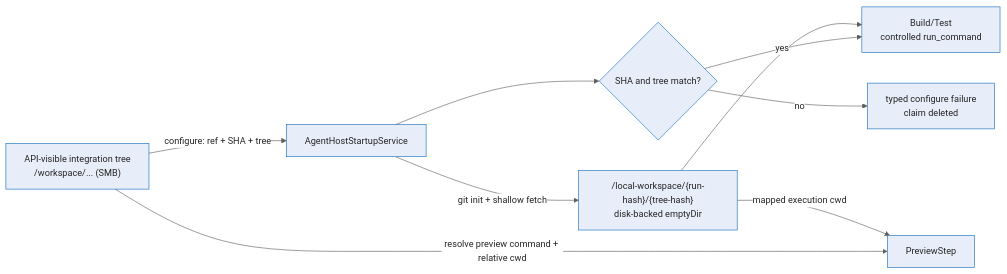
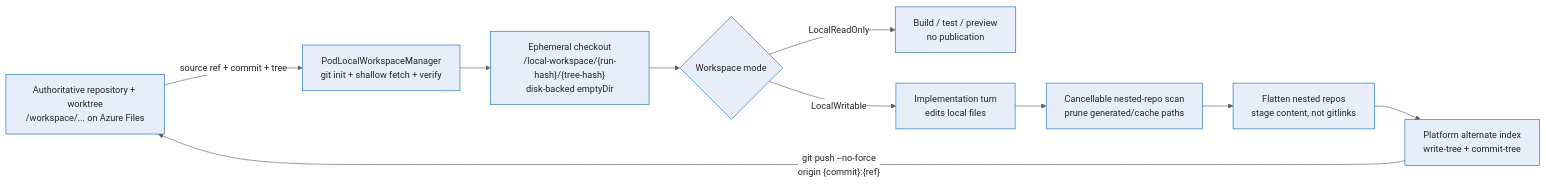
The fifth of 8 diagrams in docs/deep-dive/sandbox-pod-execution.md (sabbour/agentweaver), drawn with Mermaid before and after one commit. The commit also changed other lines of this file and 2 other files, not shown here.

First line of the commit message:
docs: explain pod-local write-back and caches (#253, #255)

````diff
--- a/docs/deep-dive/sandbox-pod-execution.md
+++ b/docs/deep-dive/sandbox-pod-execution.md
@@ -318,12 +319,13 @@
 ```mermaid
 %%{init: {'theme':'base','themeVariables':{'fontFamily':'Segoe UI, system-ui, -apple-system, sans-serif','fontSize':'15px','primaryColor':'#E8EEF9','primaryBorderColor':'#0F6CBD','primaryTextColor':'#242424','lineColor':'#605E5C','clusterBkg':'#FAF9F8','clusterBorder':'#D2D0CE','edgeLabelBackground':'#FFFFFF'}}}%%
 flowchart LR
-    API["API-visible integration tree<br/>/workspace/... (SMB)"] -->|"configure: ref + SHA + tree"| Host["AgentHostStartupService"]
-    Host -->|"git init + shallow fetch"| Local["/local-workspace/{run-hash}/{tree-hash}<br/>disk-backed emptyDir"]
-    Host --> Verify{"SHA and tree match?"}
-    Verify -->|"no"| Fail["typed configure failure<br/>claim deleted"]
-    Verify -->|"yes"| Gate["Build/Test<br/>controlled run_command"]
-    Local --> Gate
-    API -->|"resolve preview command + relative cwd"| Preview["PreviewStep"]
-    Local -->|"mapped execution cwd"| Preview
+    Shared["Authoritative repository + worktree<br/>/workspace/... on Azure Files"] -->|"source ref + commit + tree"| Prepare["PodLocalWorkspaceManager<br/>git init + shallow fetch + verify"]
+    Prepare --> Scratch["Ephemeral checkout<br/>/local-workspace/{run-hash}/{tree-hash}<br/>disk-backed emptyDir"]
+    Scratch --> Mode{"Workspace mode"}
+    Mode -->|"LocalReadOnly"| Build["Build / test / preview<br/>no publication"]
+    Mode -->|"LocalWritable"| Turn["Implementation turn<br/>edits local files"]
+    Turn --> Scan["Cancellable nested-repo scan<br/>prune generated/cache paths"]
+    Scan --> Flatten["Flatten nested repos<br/>stage content, not gitlinks"]
+    Flatten --> Commit["Platform alternate index<br/>write-tree + commit-tree"]
+    Commit -->|"git push --no-force<br/>origin {commit}:{ref}"| Shared
 ```
````
